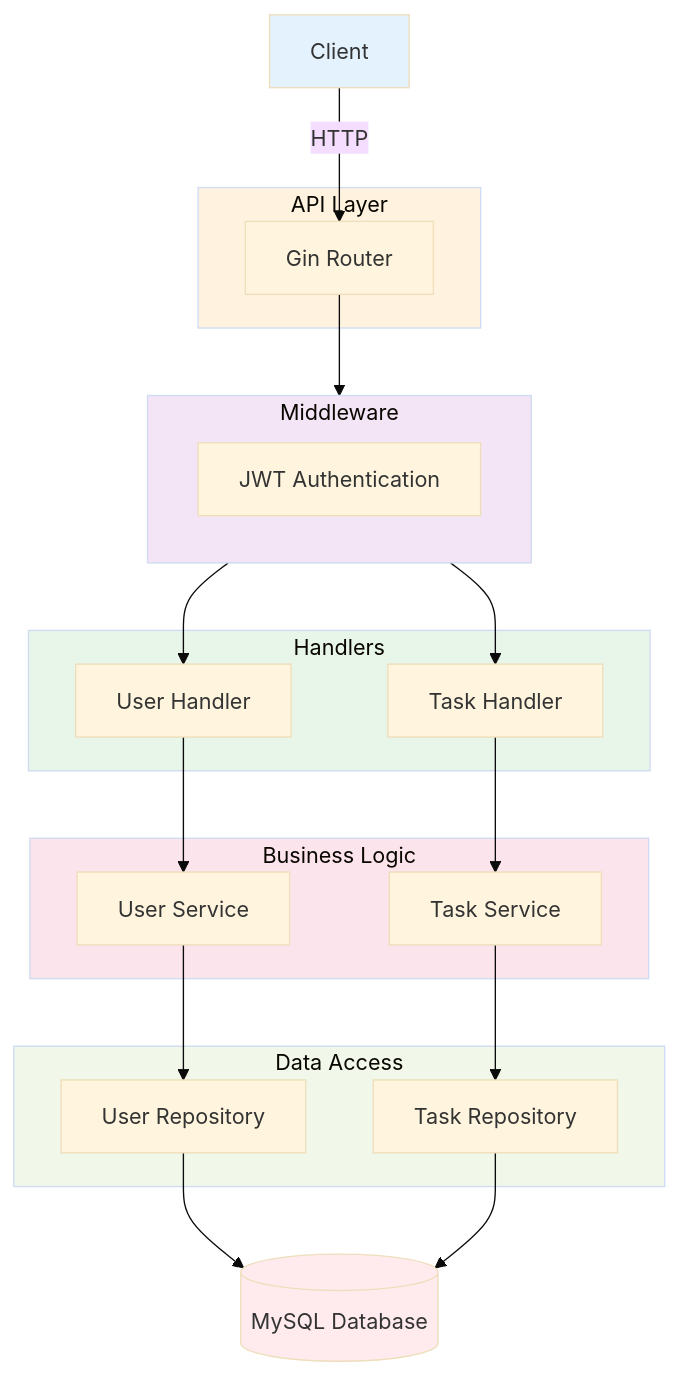
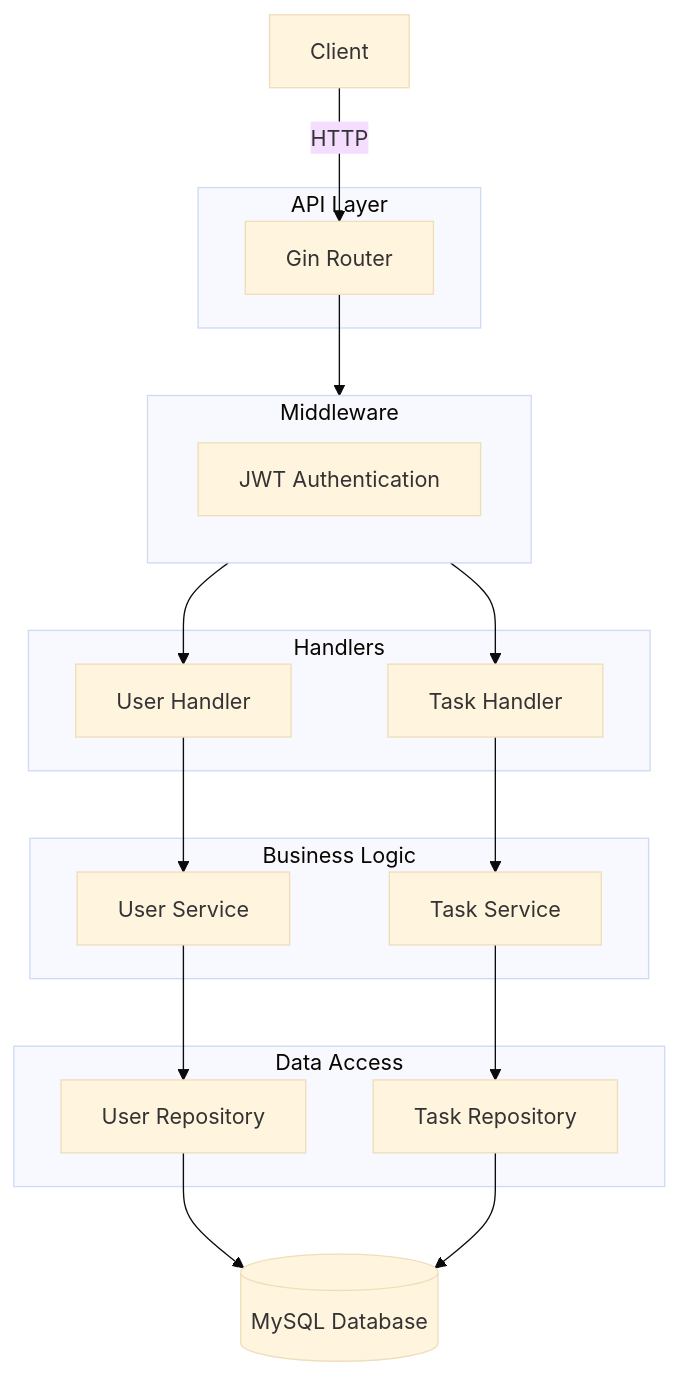
Before and after one commit to joshua-sajeev/taskflow: the diagram in docs/ARCHITECTURE.md, drawn with Mermaid (base theme). The commit also changed other lines of this file, not shown here.

Commit message:
docs: Clean up architecture diagram in ARCHITECTURE.md
Removed unnecessary whitespace and style definitions from the
architecture diagram.

````diff
--- a/docs/ARCHITECTURE.md
+++ b/docs/ARCHITECTURE.md
@@ -7,51 +7,40 @@
 ```mermaid
 graph TB
     Client["Client"]
     
     subgraph Router["API Layer"]
         R["Gin Router"]
     end
     
     subgraph MW["Middleware"]
         Auth["JWT Authentication"]
     end
     
     subgraph Handlers["Handlers"]
         UH["User Handler"]
         TH["Task Handler"]
     end
     
     subgraph Services["Business Logic"]
         US["User Service"]
         TS["Task Service"]
     end
     
     subgraph Repos["Data Access"]
         UR["User Repository"]
         TR["Task Repository"]
     end
     
     DB[(MySQL Database)]
     
     Client -->|HTTP| R
     R --> MW
     MW --> UH
     MW --> TH
-    
     UH --> US
     TH --> TS
-    
     US --> UR
     TS --> TR
-    
     UR --> DB
     TR --> DB
-    
-    style Client fill:#e3f2fd
-    style Router fill:#fff3e0
-    style MW fill:#f3e5f5
-    style Handlers fill:#e8f5e9
-    style Services fill:#fce4ec
-    style Repos fill:#f1f8e9
-    style DB fill:#ffebee
 ```
````
